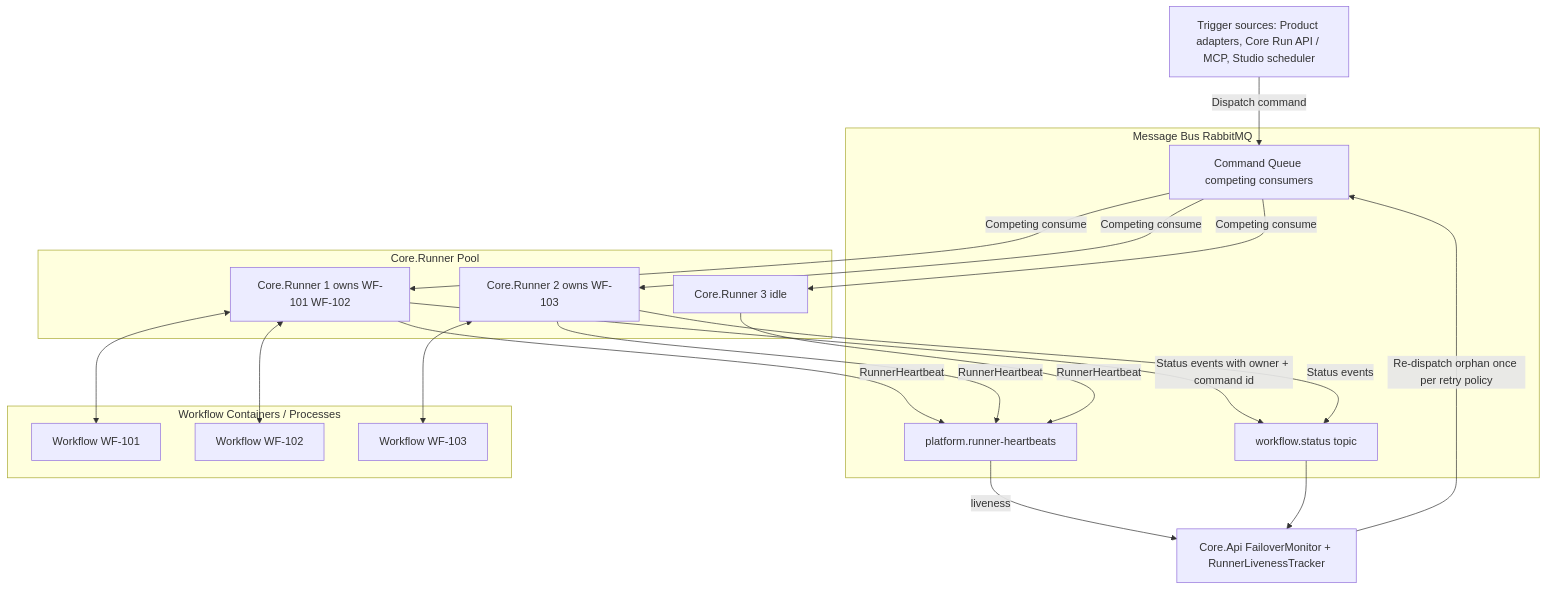
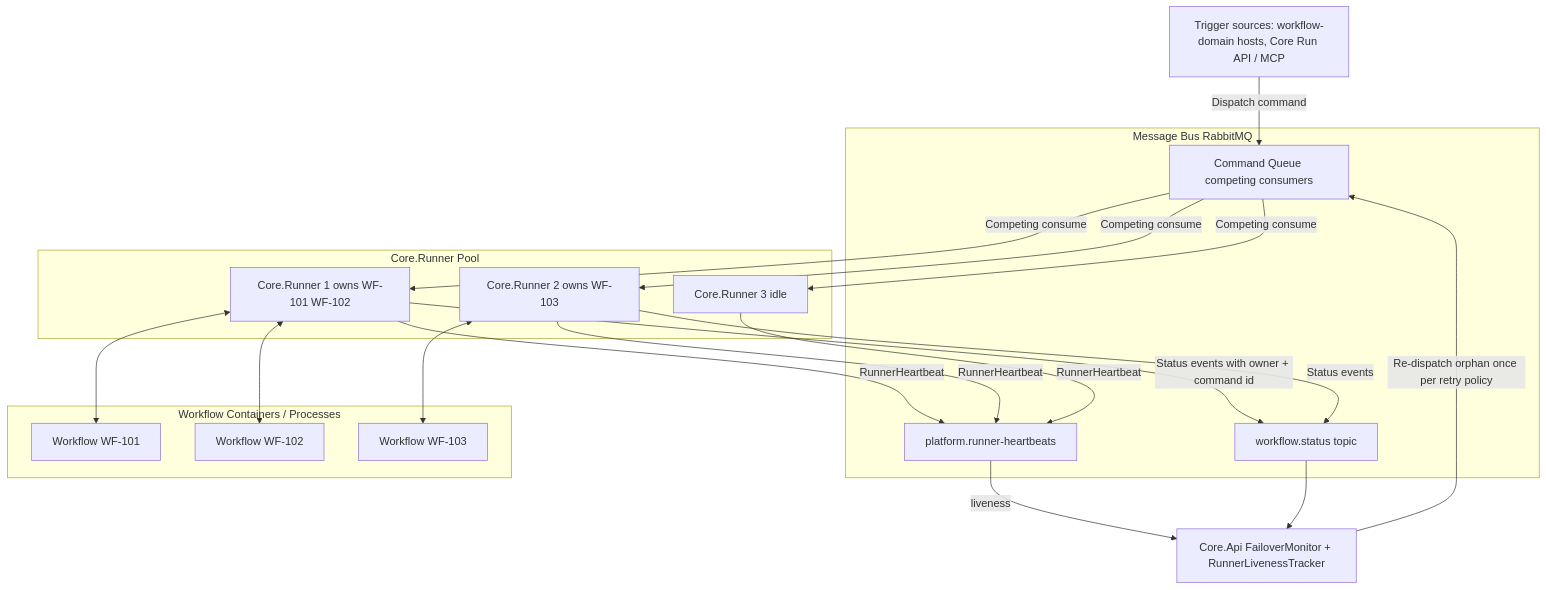
Before and after one commit to FelixKlakow/Auxilia: diagram 11 of 14 in docs/ARCHITECTURE.md, drawn with Mermaid. The commit also changed other lines of this file and 10 other files, not shown here.

````diff
--- a/docs/ARCHITECTURE.md
+++ b/docs/ARCHITECTURE.md
@@ -955,35 +974,35 @@
 ```mermaid
 graph TB
     subgraph MessageBus[Message Bus RabbitMQ]
         CMD[Command Queue competing consumers]
         HB[platform.runner-heartbeats]
         EVT[workflow.status topic]
     end
     subgraph RunnerPool[Core.Runner Pool]
         SI1[Core.Runner 1 owns WF-101 WF-102]
         SI2[Core.Runner 2 owns WF-103]
         SI3[Core.Runner 3 idle]
     end
     subgraph Workflows[Workflow Containers / Processes]
         WF101[Workflow WF-101]
         WF102[Workflow WF-102]
         WF103[Workflow WF-103]
     end
     MON[Core.Api FailoverMonitor + RunnerLivenessTracker]
-    TRIG[Trigger sources: Product adapters, Core Run API / MCP, Studio scheduler]
+    TRIG[Trigger sources: workflow-domain hosts, Core Run API / MCP]
     TRIG -->|Dispatch command| CMD
     CMD -->|Competing consume| SI1
     CMD -->|Competing consume| SI2
     CMD -->|Competing consume| SI3
     SI1 <--> WF101
     SI1 <--> WF102
     SI2 <--> WF103
     SI1 -->|RunnerHeartbeat| HB
     SI2 -->|RunnerHeartbeat| HB
     SI3 -->|RunnerHeartbeat| HB
     HB -->|liveness| MON
     SI1 -->|Status events with owner + command id| EVT
     SI2 -->|Status events| EVT
     EVT --> MON
     MON -->|Re-dispatch orphan once per retry policy| CMD
 ```
````
